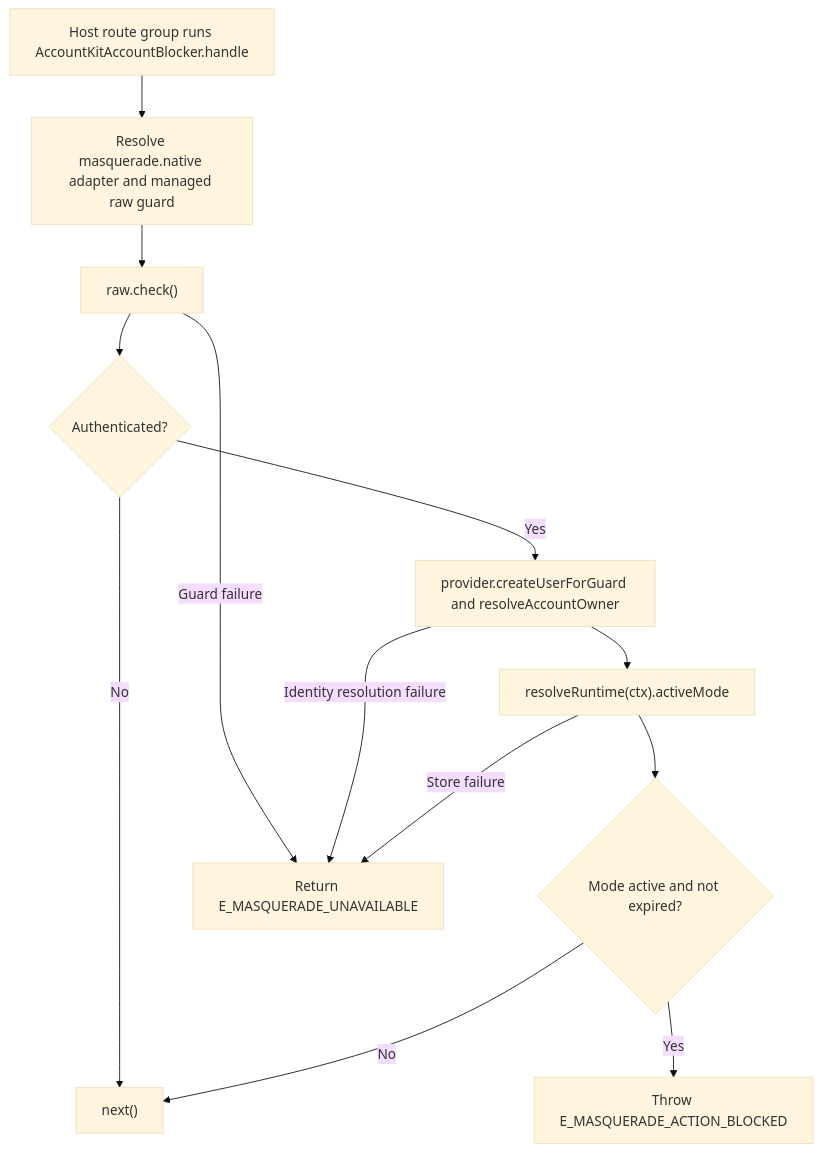
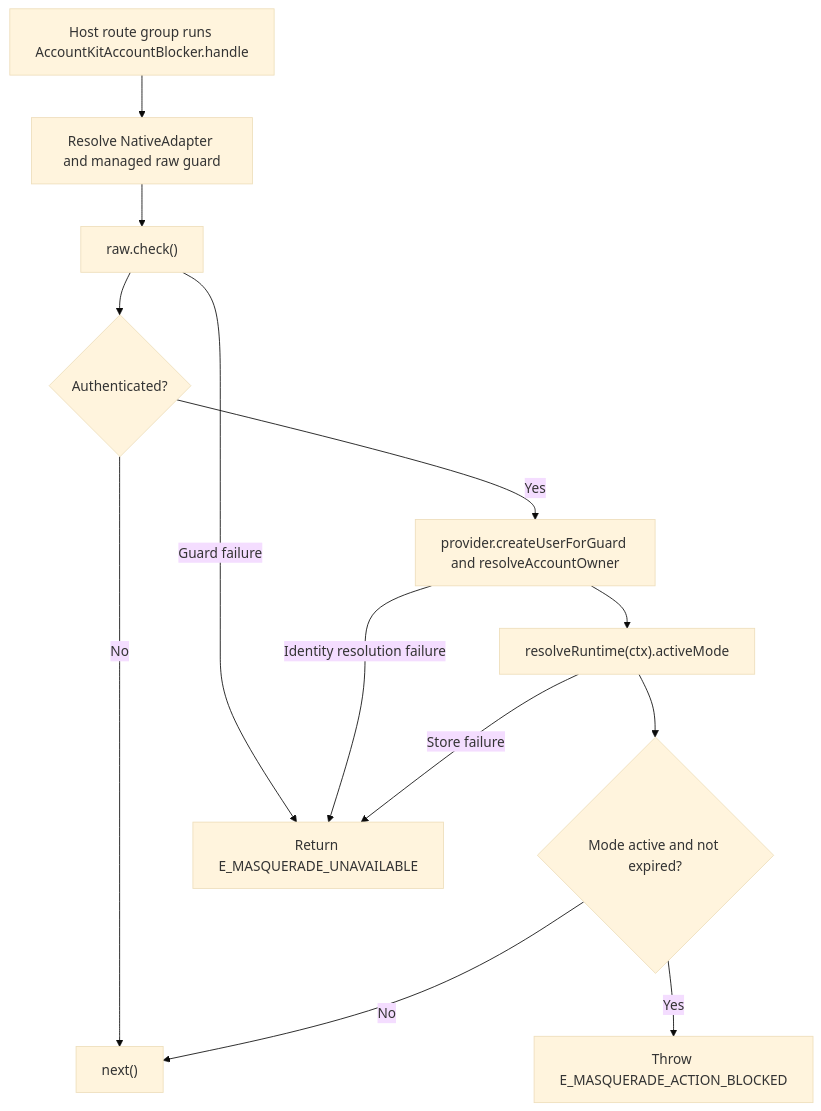
Before and after one commit to Kevinjohn/oss-adonisjs-masquerade: the second of 2 diagrams in user-stories/protect-native-account/us-account-01-protect-native-account.md, drawn with Mermaid (base theme). The commit also changed 293 other files, not shown here.

````diff
--- a/user-stories/protect-native-account/us-account-01-protect-native-account.md
+++ b/user-stories/protect-native-account/us-account-01-protect-native-account.md
@@ -36,15 +36,15 @@
 ```mermaid
 flowchart TD
-    A["Host route group runs AccountKitAccountBlocker.handle"] --> B["Resolve masquerade.native adapter and managed raw guard"]
+    A["Host route group runs AccountKitAccountBlocker.handle"] --> B["Resolve NativeAdapter and managed raw guard"]
     B --> C["raw.check()"]
     C --> D{"Authenticated?"}
     D -->|No| E["next()"]
     D -->|Yes| F["provider.createUserForGuard and resolveAccountOwner"]
     F --> G["resolveRuntime(ctx).activeMode"]
     G --> H{"Mode active and not expired?"}
     H -->|Yes| I["Throw E_MASQUERADE_ACTION_BLOCKED"]
     H -->|No| E
     C -->|Guard failure| J["Return E_MASQUERADE_UNAVAILABLE"]
     F -->|Identity resolution failure| J
     G -->|Store failure| J
 ```
````
